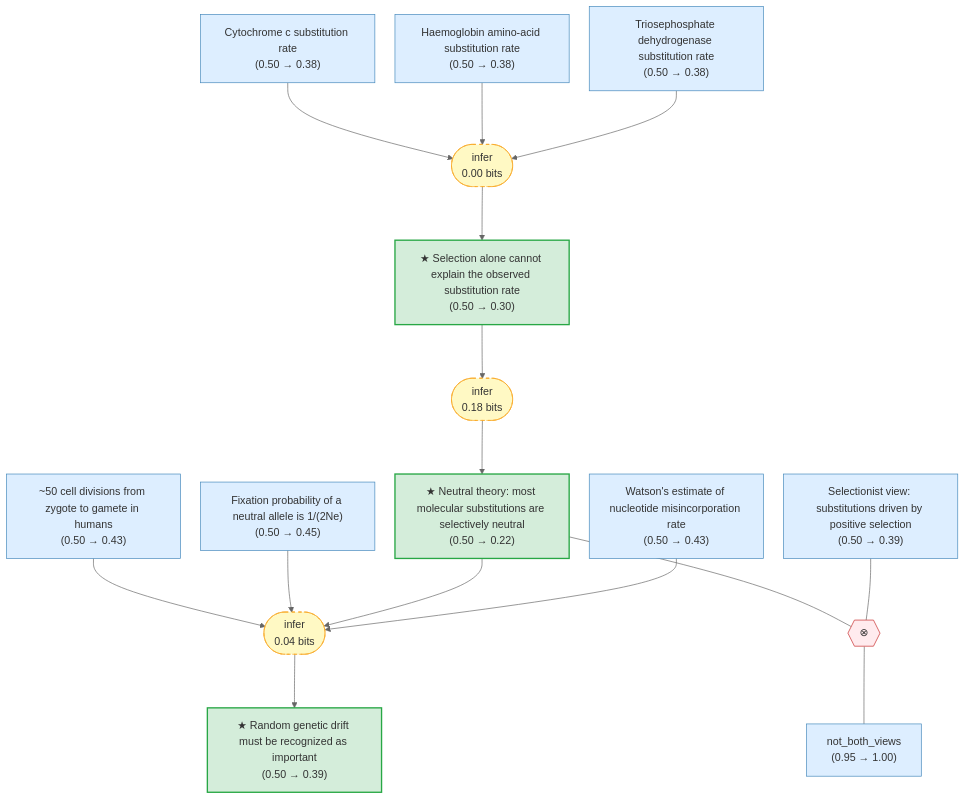
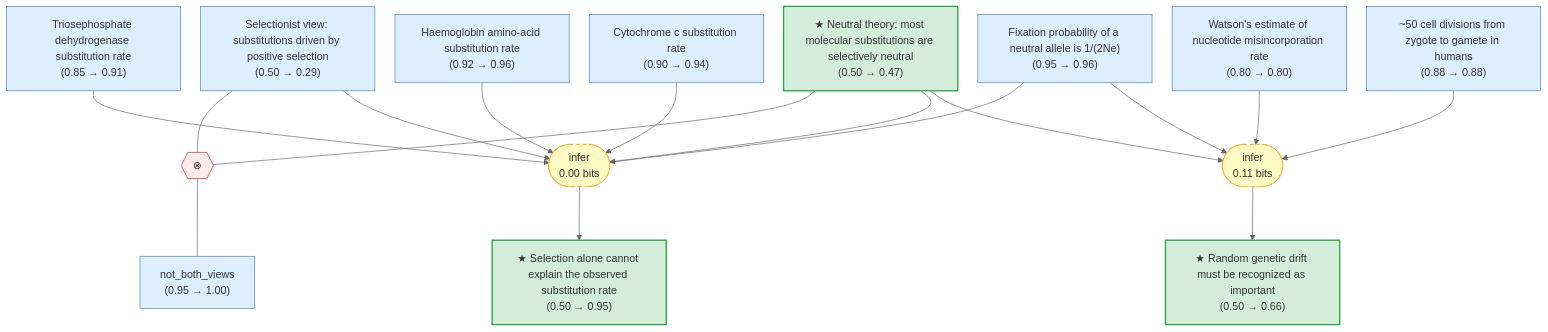
One commit to kunyuan/kimura-neutral-theory-gaia changed the diagram in .github-output/README.md. Above: the diagram before and after it, drawn with Mermaid (neutral theme). The commit also changed other lines of this file and 41 other files, not shown here.

````diff
--- a/.github-output/README.md
+++ b/.github-output/README.md
@@ -15,43 +15,43 @@
 ```mermaid
 ---
 config:
   flowchart:
     rankSpacing: 80
     nodeSpacing: 30
 ---
 graph TB
-    haemoglobin_rate["Haemoglobin amino-acid substitution rate\n(0.50 → 0.38)"]:::premise
-    cytochrome_c_rate["Cytochrome c substitution rate\n(0.50 → 0.38)"]:::premise
-    triosephosphate_rate["Triosephosphate dehydrogenase substitution rate\n(0.50 → 0.38)"]:::premise
-    selection_cannot_explain_rate["★ Selection alone cannot explain the observed substitution rate\n(0.50 → 0.30)"]:::exported
-    neutral_theory_hypothesis["★ Neutral theory: most molecular substitutions are selectively neutral\n(0.50 → 0.22)"]:::exported
-    neutral_fixation_probability["Fixation probability of a neutral allele is 1/(2Ne)\n(0.50 → 0.45)"]:::premise
-    watson_mutation_rate["Watson's estimate of nucleotide misincorporation rate\n(0.50 → 0.43)"]:::premise
-    cell_divisions_to_gamete["~50 cell divisions from zygote to gamete in humans\n(0.50 → 0.43)"]:::premise
-    genetic_drift_importance["★ Random genetic drift must be recognized as important\n(0.50 → 0.39)"]:::exported
+    haemoglobin_rate["Haemoglobin amino-acid substitution rate\n(0.92 → 0.96)"]:::premise
+    cytochrome_c_rate["Cytochrome c substitution rate\n(0.90 → 0.94)"]:::premise
+    triosephosphate_rate["Triosephosphate dehydrogenase substitution rate\n(0.85 → 0.91)"]:::premise
+    selection_cannot_explain_rate["★ Selection alone cannot explain the observed substitution rate\n(0.50 → 0.95)"]:::exported
+    neutral_theory_hypothesis["★ Neutral theory: most molecular substitutions are selectively neutral\n(0.50 → 0.47)"]:::exported
+    selectionist_view["Selectionist view: substitutions driven by positive selection\n(0.50 → 0.29)"]:::premise
+    neutral_fixation_probability["Fixation probability of a neutral allele is 1/(2Ne)\n(0.95 → 0.96)"]:::premise
+    watson_mutation_rate["Watson's estimate of nucleotide misincorporation rate\n(0.80 → 0.80)"]:::premise
+    cell_divisions_to_gamete["~50 cell divisions from zygote to gamete in humans\n(0.88 → 0.88)"]:::premise
+    genetic_drift_importance["★ Random genetic drift must be recognized as important\n(0.50 → 0.66)"]:::exported
     not_both_views["not_both_views\n(0.95 → 1.00)"]:::premise
-    selectionist_view["Selectionist view: substitutions driven by positive selection\n(0.50 → 0.39)"]:::premise
-    strat_0(["infer\n0.04 bits"]):::weak
+    strat_0(["infer\n0.11 bits"]):::weak
     cell_divisions_to_gamete --> strat_0
     neutral_fixation_probability --> strat_0
     neutral_theory_hypothesis --> strat_0
     watson_mutation_rate --> strat_0
     strat_0 --> genetic_drift_importance
     strat_1(["infer\n0.00 bits"]):::weak
     cytochrome_c_rate --> strat_1
     haemoglobin_rate --> strat_1
+    neutral_fixation_probability --> strat_1
+    neutral_theory_hypothesis --> strat_1
+    selectionist_view --> strat_1
     triosephosphate_rate --> strat_1
     strat_1 --> selection_cannot_explain_rate
-    strat_2(["infer\n0.18 bits"]):::weak
-    selection_cannot_explain_rate --> strat_2
-    strat_2 --> neutral_theory_hypothesis
     oper_0{{"⊗"}}:::contra
     neutral_theory_hypothesis --- oper_0
     selectionist_view --- oper_0
     oper_0 --- not_both_views
 
     classDef premise fill:#ddeeff,stroke:#4488bb,color:#333
     classDef exported fill:#d4edda,stroke:#28a745,stroke-width:2px,color:#333
     classDef weak fill:#fff9c4,stroke:#f9a825,stroke-dasharray: 5 5,color:#333
     classDef contra fill:#ffebee,stroke:#c62828,color:#333
 ```
````
